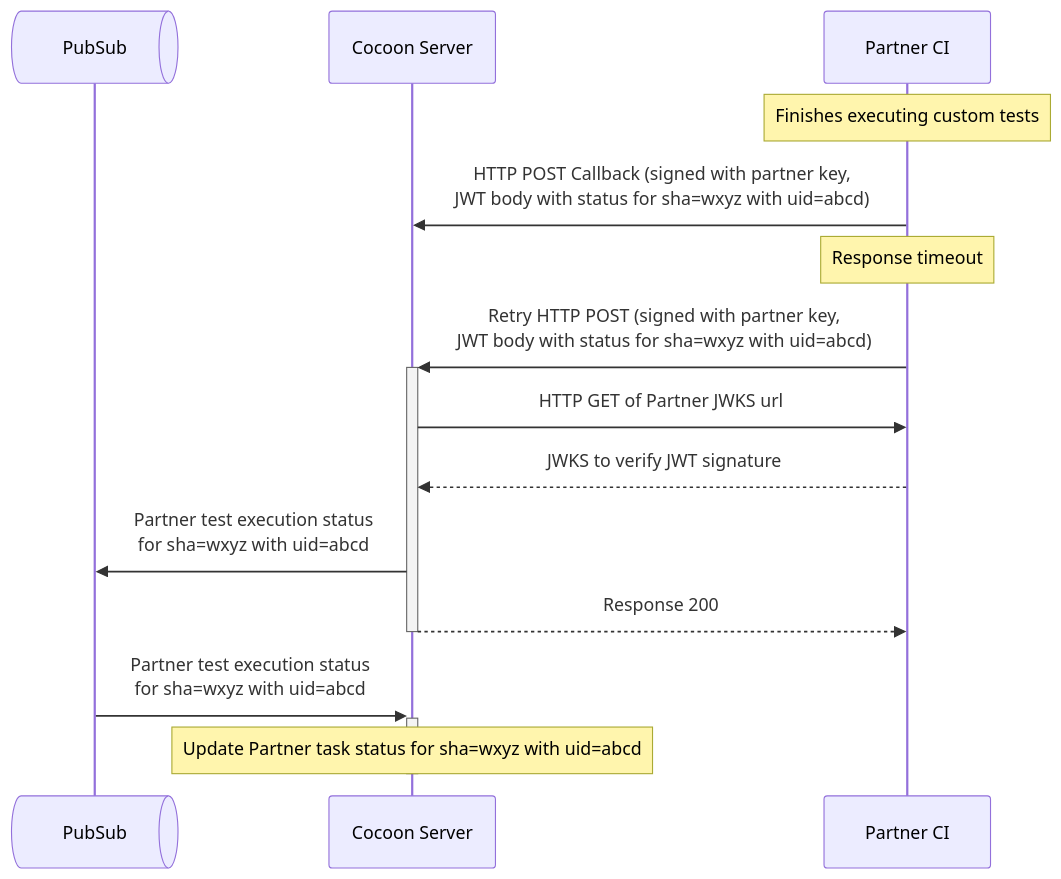
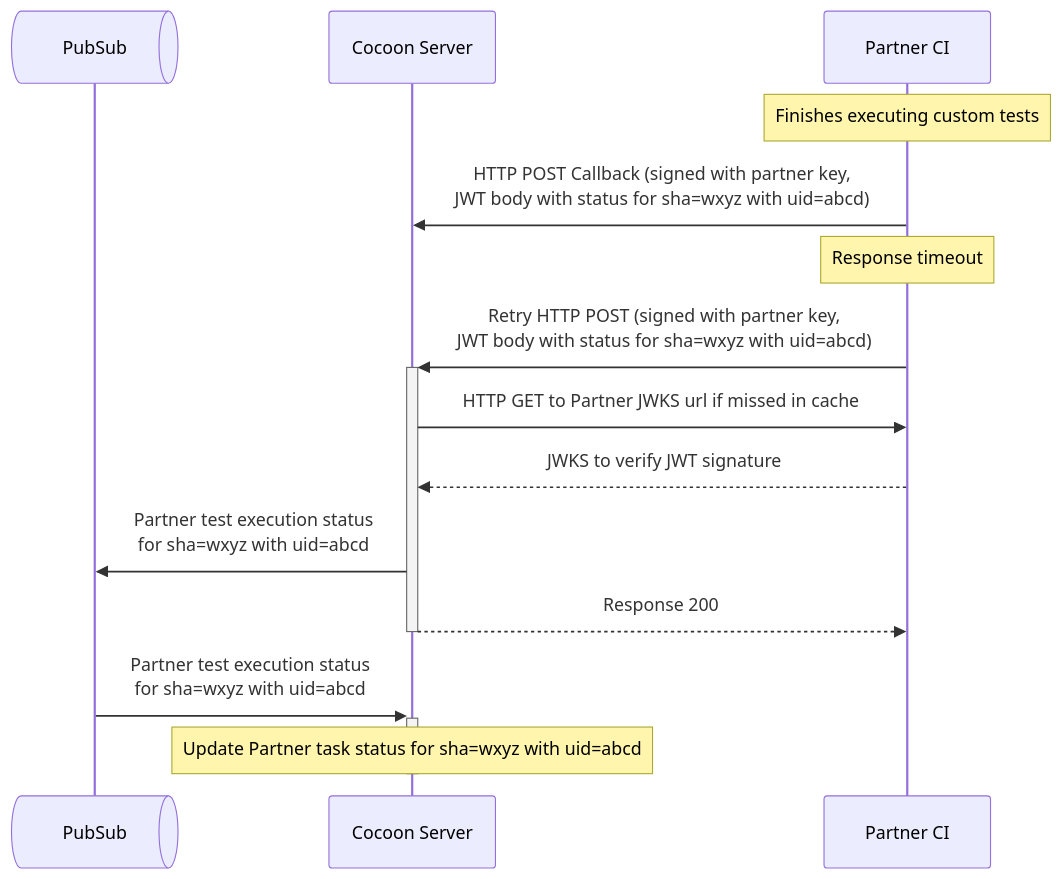
Before and after one commit to flutter/rfc: the fifth of 8 diagrams in rfc/610.0000-flutter-pluggable-ci.md, drawn with Mermaid. The commit also changed other lines of this file, not shown here.

````diff
--- a/rfc/610.0000-flutter-pluggable-ci.md
+++ b/rfc/610.0000-flutter-pluggable-ci.md
@@ -143,20 +143,20 @@
 ```mermaid
 sequenceDiagram
     participant PubSub@{"type":"queue"}
     participant Cocoon as Cocoon Server
     participant Partner as Partner CI
     
     Note over Partner: Finishes executing custom tests
     Partner->>Cocoon: HTTP POST Callback (signed with partner key,<br/>JWT body with status for sha=wxyz with uid=abcd)
     Note over Partner: Response timeout
 
     Partner->>+Cocoon: Retry HTTP POST (signed with partner key,<br/>JWT body with status for sha=wxyz with uid=abcd)
-    Cocoon->>Partner: HTTP GET of Partner JWKS url
+    Cocoon->>Partner: HTTP GET to Partner JWKS url if missed in cache
     Partner-->>Cocoon: JWKS to verify JWT signature
     Cocoon->>PubSub: Partner test execution status<br/>for sha=wxyz with uid=abcd
     Cocoon-->>-Partner: Response 200
 
     PubSub->>+Cocoon: Partner test execution status<br/>for sha=wxyz with uid=abcd
     Note over Cocoon: Update Partner task status for sha=wxyz with uid=abcd
     deactivate Cocoon
 ```
````
